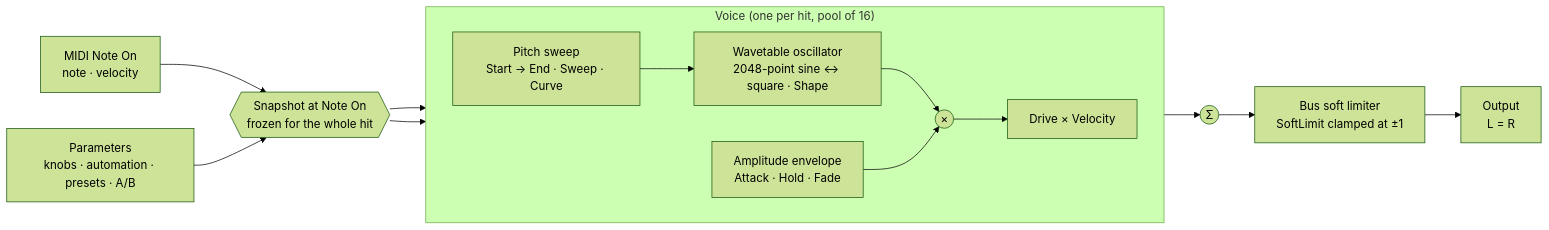
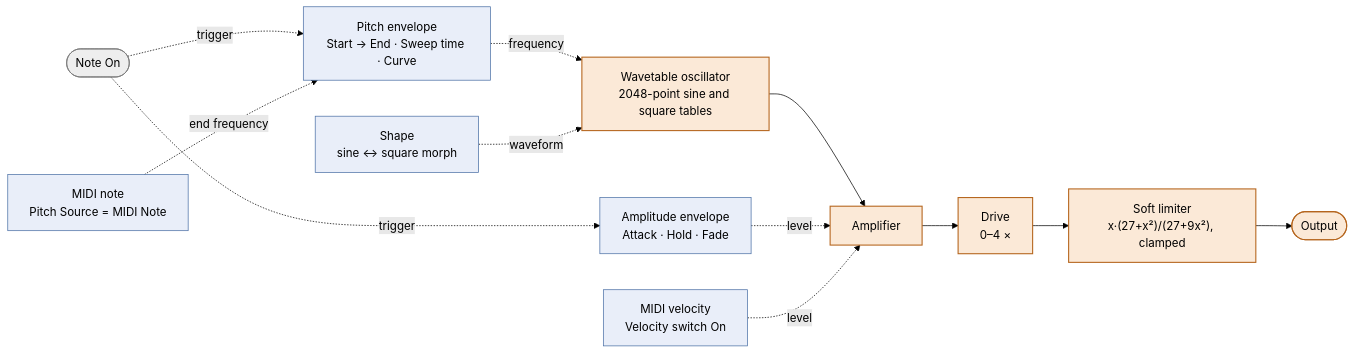
The first of 2 diagrams in docs/architecture.md (ArnaudValensi/kickcrafter), drawn with Mermaid (forest theme) before and after one commit. The commit also changed other lines of this file and 1 other file, not shown here.

Commit message:
docs: synthesis block diagram (oscillator, envelopes, amplifier, drive, limiter) replaces the software signal-flow chart

````diff
--- a/docs/architecture.md
+++ b/docs/architecture.md
@@ -31,17 +31,14 @@
 ```mermaid
 flowchart LR
-    MIDI["MIDI Note On<br/>note · velocity"] --> SNAP
-    PARAMS["Parameters<br/>knobs · automation · presets · A/B"] --> SNAP
-    SNAP{{"Snapshot at Note On<br/>frozen for the whole hit"}} --> PENV
-    SNAP --> AENV
-    subgraph VOICE["Voice (one per hit, pool of 16)"]
-        direction LR
-        PENV["Pitch sweep<br/>Start → End · Sweep · Curve"] --> OSC
-        OSC["Wavetable oscillator<br/>2048-point sine ↔ square · Shape"] --> MUL
-        AENV["Amplitude envelope<br/>Attack · Hold · Fade"] --> MUL
-        MUL(("×")) --> GAIN["Drive × Velocity"]
-    end
-    GAIN --> SUM(("Σ"))
-    SUM --> LIM["Bus soft limiter<br/>SoftLimit clamped at ±1"]
-    LIM --> OUT["Output<br/>L = R"]
+    classDef audio fill:#fbe9d7,stroke:#b5651d,stroke-width:1.5px
+    classDef mod fill:#e9eef9,stroke:#4a6fa5
+    classDef trig fill:#eeeeee,stroke:#777777
+    OSC["Wavetable oscillator<br/>2048-point sine and square tables"]:::audio --> VCA["Amplifier"]:::audio --> DRIVE["Drive<br/>0–4 ×"]:::audio --> LIM["Soft limiter<br/>x·(27+x²)/(27+9x²), clamped"]:::audio --> OUT(["Output"]):::audio
+    GATE(["Note On"]):::trig -. "trigger" .-> PENV["Pitch envelope<br/>Start → End · Sweep time · Curve"]:::mod
+    GATE -. "trigger" .-> AENV["Amplitude envelope<br/>Attack · Hold · Fade"]:::mod
+    NOTE["MIDI note<br/>Pitch Source = MIDI Note"]:::mod -. "end frequency" .-> PENV
+    PENV -. "frequency" .-> OSC
+    SHAPE["Shape<br/>sine ↔ square morph"]:::mod -. "waveform" .-> OSC
+    AENV -. "level" .-> VCA
+    VEL["MIDI velocity<br/>Velocity switch On"]:::mod -. "level" .-> VCA
 ```
````
